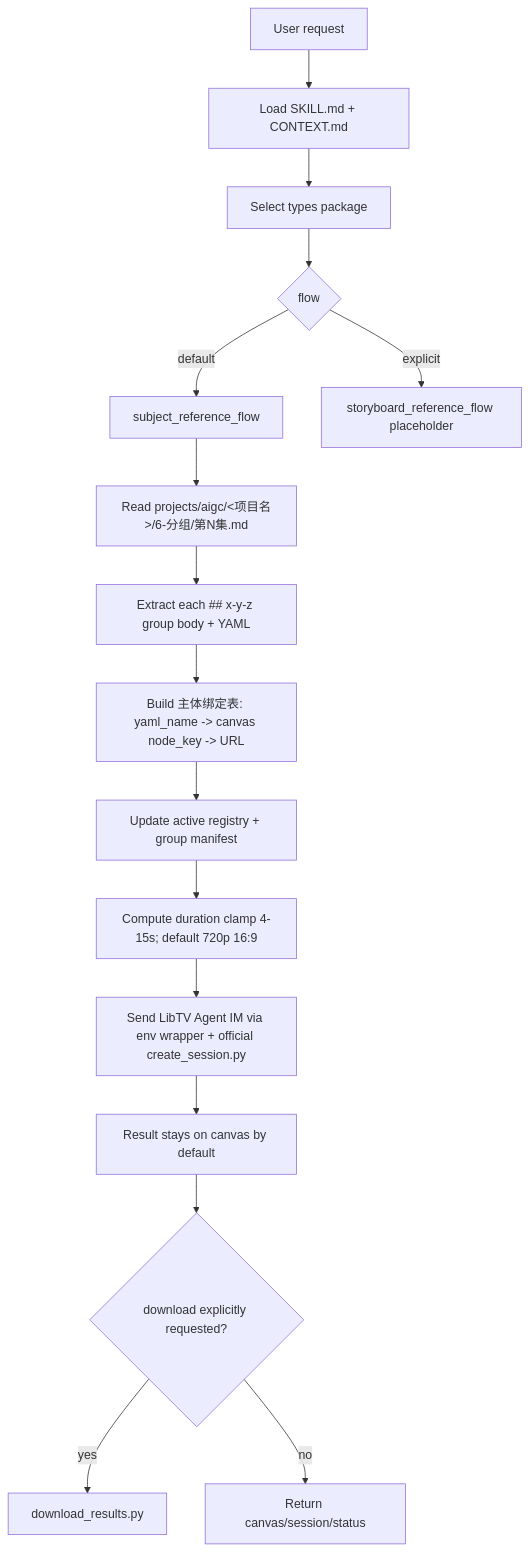
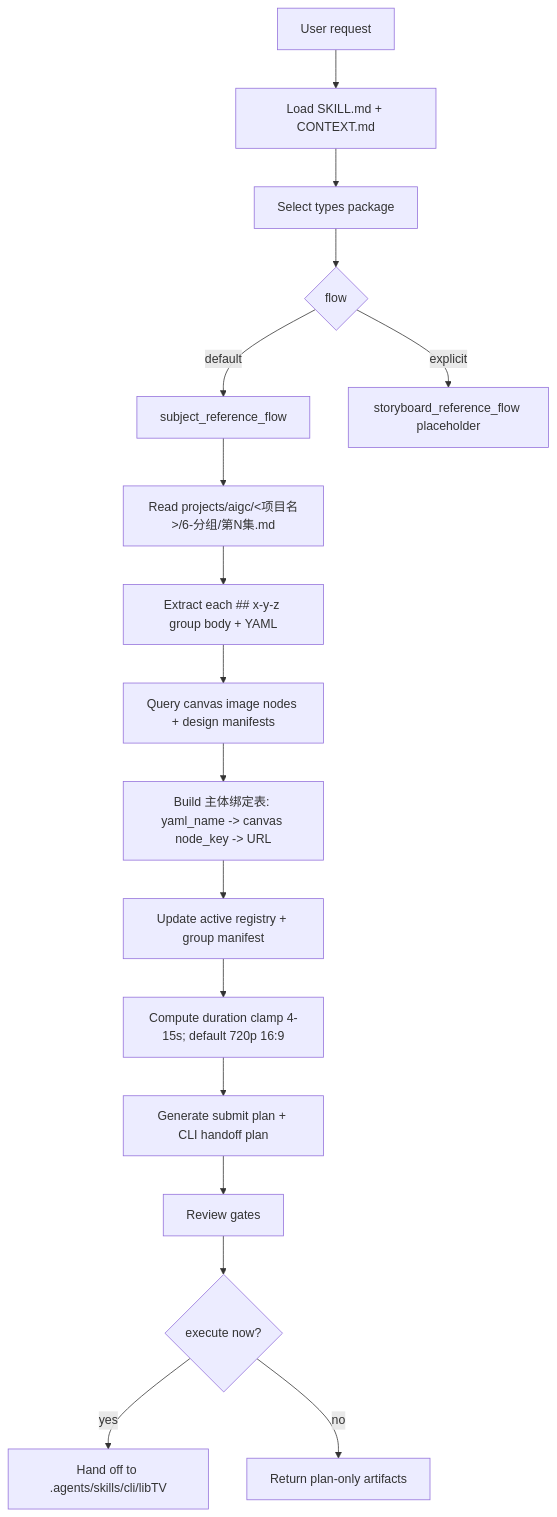
One commit to ZEN-VOID/AI-CUT changed the diagram in .agents/skills/aigc/9-视频/libTV画布流/SKILL.md. Above: the diagram before and after it, drawn with Mermaid. The commit also changed other lines of this file and 209 other files, not shown here.

````diff
--- a/.agents/skills/aigc/9-视频/libTV画布流/SKILL.md
+++ b/.agents/skills/aigc/9-视频/libTV画布流/SKILL.md
@@ -100,18 +122,19 @@
 ```mermaid
 flowchart TD
     A["User request"] --> B["Load SKILL.md + CONTEXT.md"]
     B --> C["Select types package"]
     C --> D{"flow"}
     D -->|"default"| E["subject_reference_flow"]
     D -->|"explicit"| F["storyboard_reference_flow placeholder"]
     E --> G["Read projects/aigc/<项目名>/6-分组/第N集.md"]
     G --> H["Extract each ## x-y-z group body + YAML"]
-    H --> I["Build 主体绑定表: yaml_name -> canvas node_key -> URL"]
-    I --> J["Update active registry + group manifest"]
+    H --> I["Query canvas image nodes + design manifests"]
+    I --> IA["Build 主体绑定表: yaml_name -> canvas node_key -> URL"]
+    IA --> J["Update active registry + group manifest"]
     J --> K["Compute duration clamp 4-15s; default 720p 16:9"]
-    K --> L["Send LibTV Agent IM via env wrapper + official create_session.py"]
-    L --> M["Result stays on canvas by default"]
-    M --> N{"download explicitly requested?"}
-    N -->|"yes"| O["download_results.py"]
-    N -->|"no"| P["Return canvas/session/status"]
+    K --> L["Generate submit plan + CLI handoff plan"]
+    L --> M["Review gates"]
+    M --> N{"execute now?"}
+    N -->|"yes"| O["Hand off to .agents/skills/cli/libTV"]
+    N -->|"no"| P["Return plan-only artifacts"]
 ```
````
